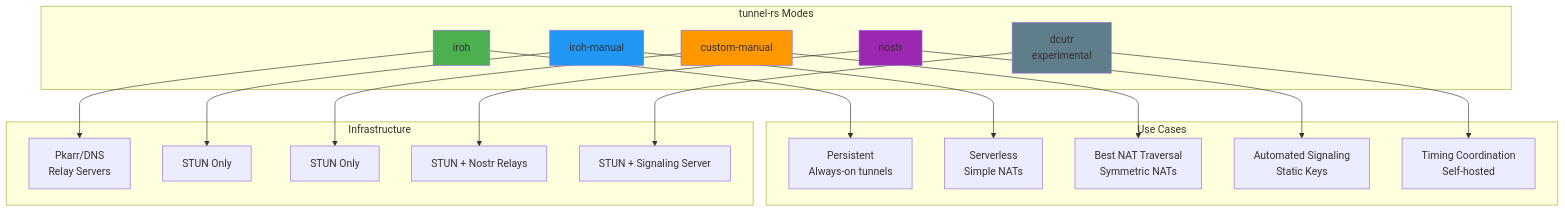
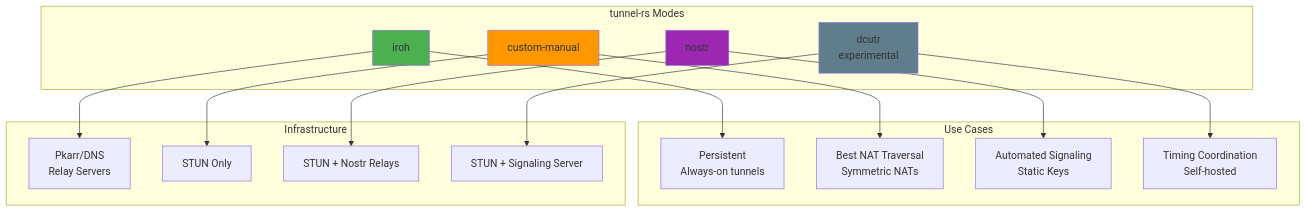
Before and after one commit to andrewtheguy/vpn-rs: the first of 36 diagrams in docs/ARCHITECTURE.md, drawn with Mermaid. The commit also changed other lines of this file and 14 other files, not shown here.

First line of the commit message:
Refactor: Remove iroh-manual mode and related configurations

````diff
--- a/docs/ARCHITECTURE.md
+++ b/docs/ARCHITECTURE.md
@@ -28,44 +27,38 @@
 ```mermaid
 graph TB
     subgraph "tunnel-rs Modes"
         A[iroh]
-        B[iroh-manual]
         C[custom-manual]
         D2[nostr]
         D3[dcutr<br/>experimental]
     end
 
     subgraph "Use Cases"
         D[Persistent<br/>Always-on tunnels]
-        E[Serverless<br/>Simple NATs]
         F[Best NAT Traversal<br/>Symmetric NATs]
         F2[Automated Signaling<br/>Static Keys]
         F3[Timing Coordination<br/>Self-hosted]
     end
 
     subgraph "Infrastructure"
         G[Pkarr/DNS<br/>Relay Servers]
-        H[STUN Only]
         I[STUN Only]
         I2[STUN + Nostr Relays]
         I3[STUN + Signaling Server]
     end
 
     A --> D
-    B --> E
     C --> F
     D2 --> F2
     D3 --> F3
 
     A --> G
-    B --> H
     C --> I
     D2 --> I2
     D3 --> I3
 
     style A fill:#4CAF50
-    style B fill:#2196F3
     style C fill:#FF9800
     style D2 fill:#9C27B0
     style D3 fill:#607D8B
 ```
````
